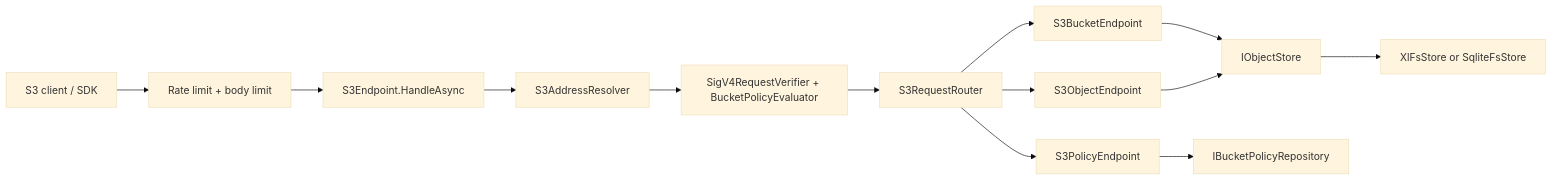
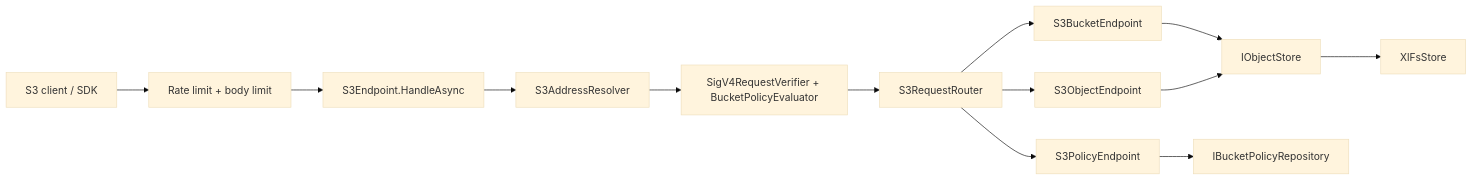
One commit to AIDotNet/Means changed the diagram in docs/architecture/overview.md. Above: the diagram before and after it, drawn with Mermaid (base theme). The commit also changed other lines of this file and 119 other files, not shown here.

````diff
--- a/docs/architecture/overview.md
+++ b/docs/architecture/overview.md
@@ -41,15 +40,15 @@
 ```mermaid
 flowchart LR
     Client["S3 client / SDK"] --> Middleware["Rate limit + body limit"]
     Middleware --> S3Endpoint["S3Endpoint.HandleAsync"]
     S3Endpoint --> Address["S3AddressResolver"]
     Address --> Auth["SigV4RequestVerifier + BucketPolicyEvaluator"]
     Auth --> Router["S3RequestRouter"]
     Router --> Bucket["S3BucketEndpoint"]
     Router --> Object["S3ObjectEndpoint"]
     Router --> Policy["S3PolicyEndpoint"]
     Bucket --> Store["IObjectStore"]
     Object --> Store
     Policy --> PolicyRepo["IBucketPolicyRepository"]
-    Store --> XlFs["XlFsStore or SqliteFsStore"]
+    Store --> XlFs["XlFsStore"]
 ```
````
